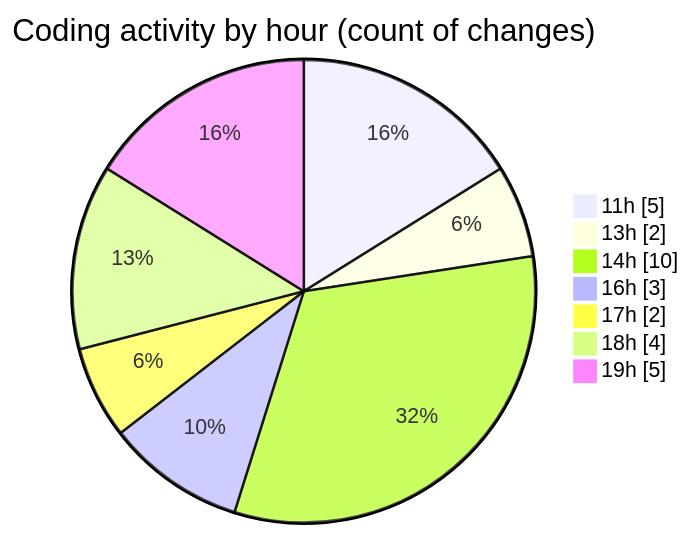
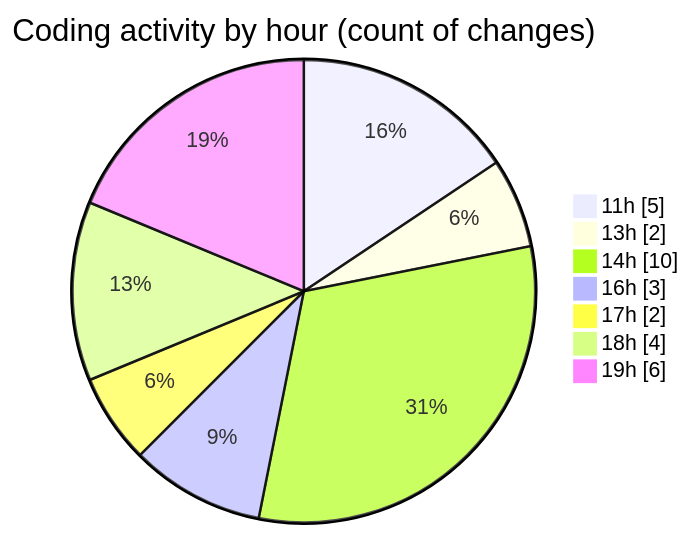
The second of 2 diagrams in 2025-10-27/usr_aleoudev_fr__workspace_/README.md (julien-gomy/code-tracking), drawn with Mermaid before and after one commit. The commit also changed other lines of this file and 1 other file, not shown here.

````diff
--- a/2025-10-27/usr_aleoudev_fr__workspace_/README.md
+++ b/2025-10-27/usr_aleoudev_fr__workspace_/README.md
@@ -36,11 +36,11 @@
 ```mermaid
 pie showData
 title Coding activity by hour (count of changes)
 "11h" : 5
 "13h" : 2
 "14h" : 10
 "16h" : 3
 "17h" : 2
 "18h" : 4
-"19h" : 5
+"19h" : 6
 ```
````
